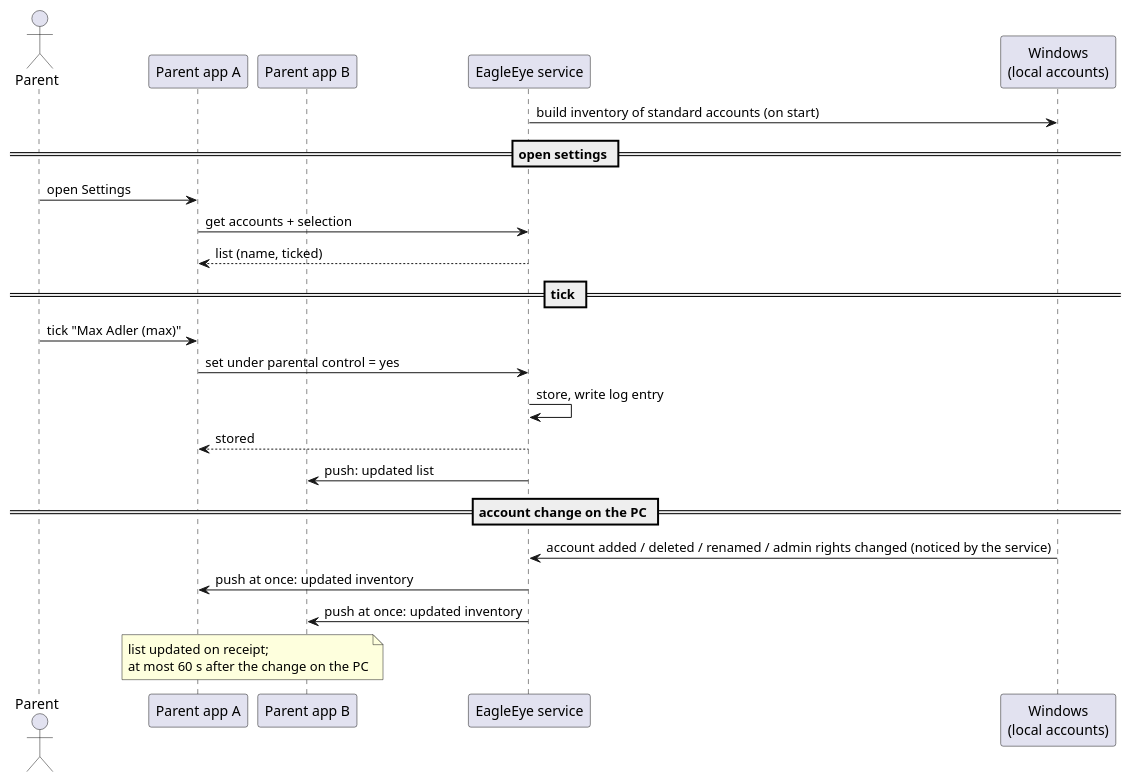
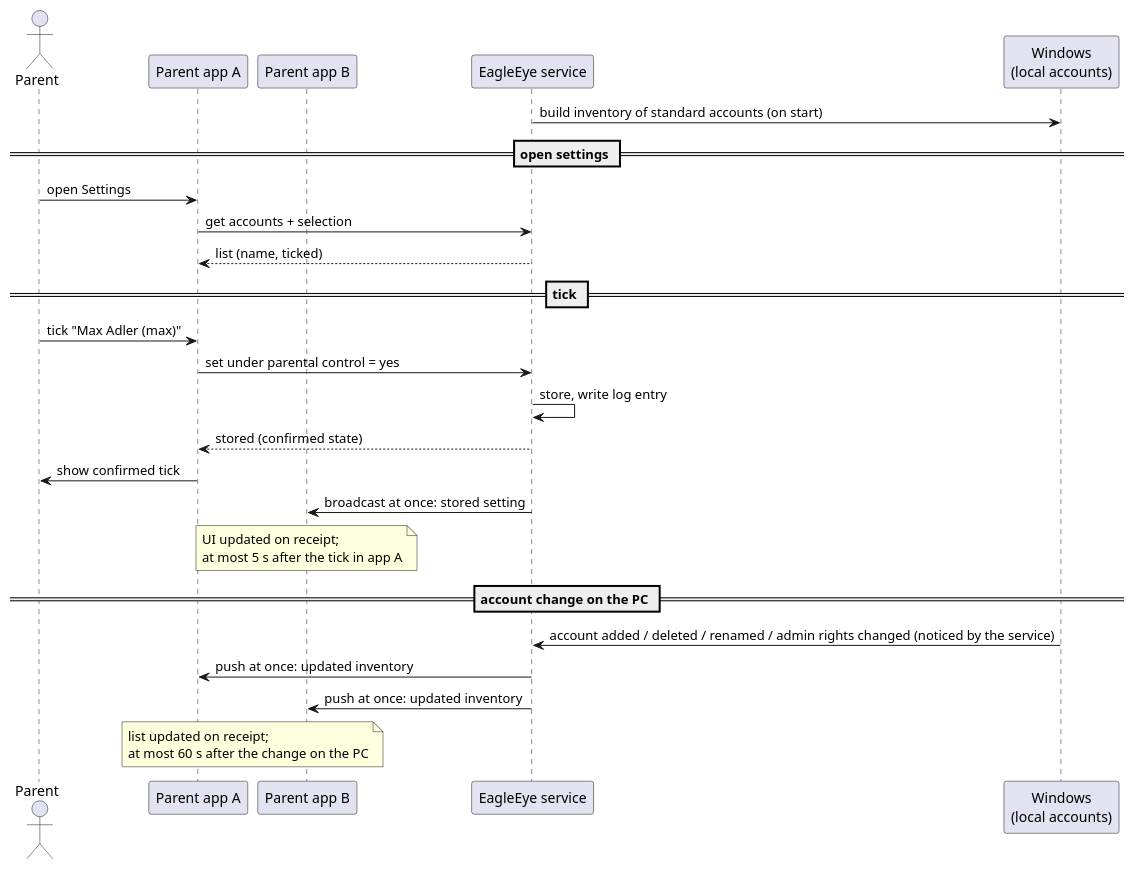
One commit to adlemich/EagleEye changed the third of 3 diagrams in 02_Implementation/docs/requirements/user-stories/US-003/user-story.md. Above: the diagram before and after it, drawn with PlantUML. The commit also changed other lines of this file and 1 other file, not shown here.

Commit message:
US-003: AC-23 and AC-24 as service broadcast (Michael)

````diff
--- a/02_Implementation/docs/requirements/user-stories/US-003/user-story.md
+++ b/02_Implementation/docs/requirements/user-stories/US-003/user-story.md
@@ -163,29 +166,34 @@
 ```plantuml
 @startuml
 actor Parent
 participant "Parent app A" as AppA
 participant "Parent app B" as AppB
 participant "EagleEye service" as Svc
 participant "Windows\n(local accounts)" as Win
 
 Svc -> Win : build inventory of standard accounts (on start)
 == open settings ==
 Parent -> AppA : open Settings
 AppA -> Svc : get accounts + selection
 Svc --> AppA : list (name, ticked)
 == tick ==
 Parent -> AppA : tick "Max Adler (max)"
 AppA -> Svc : set under parental control = yes
 Svc -> Svc : store, write log entry
-Svc --> AppA : stored
-Svc -> AppB : push: updated list
+Svc --> AppA : stored (confirmed state)
+AppA -> Parent : show confirmed tick
+Svc -> AppB : broadcast at once: stored setting
+note over AppB
+UI updated on receipt;
+at most 5 s after the tick in app A
+end note
 == account change on the PC ==
 Win -> Svc : account added / deleted / renamed / admin rights changed (noticed by the service)
 Svc -> AppA : push at once: updated inventory
 Svc -> AppB : push at once: updated inventory
 note over AppA, AppB
 list updated on receipt;
 at most 60 s after the change on the PC
 end note
 @enduml
 ```
````
